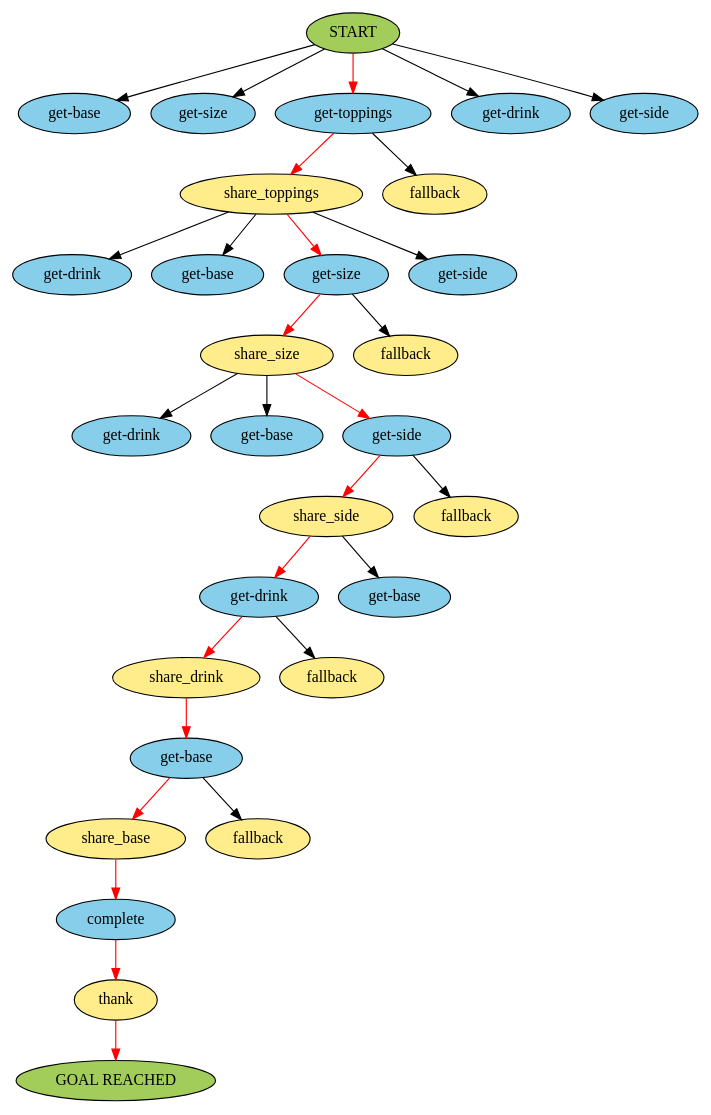
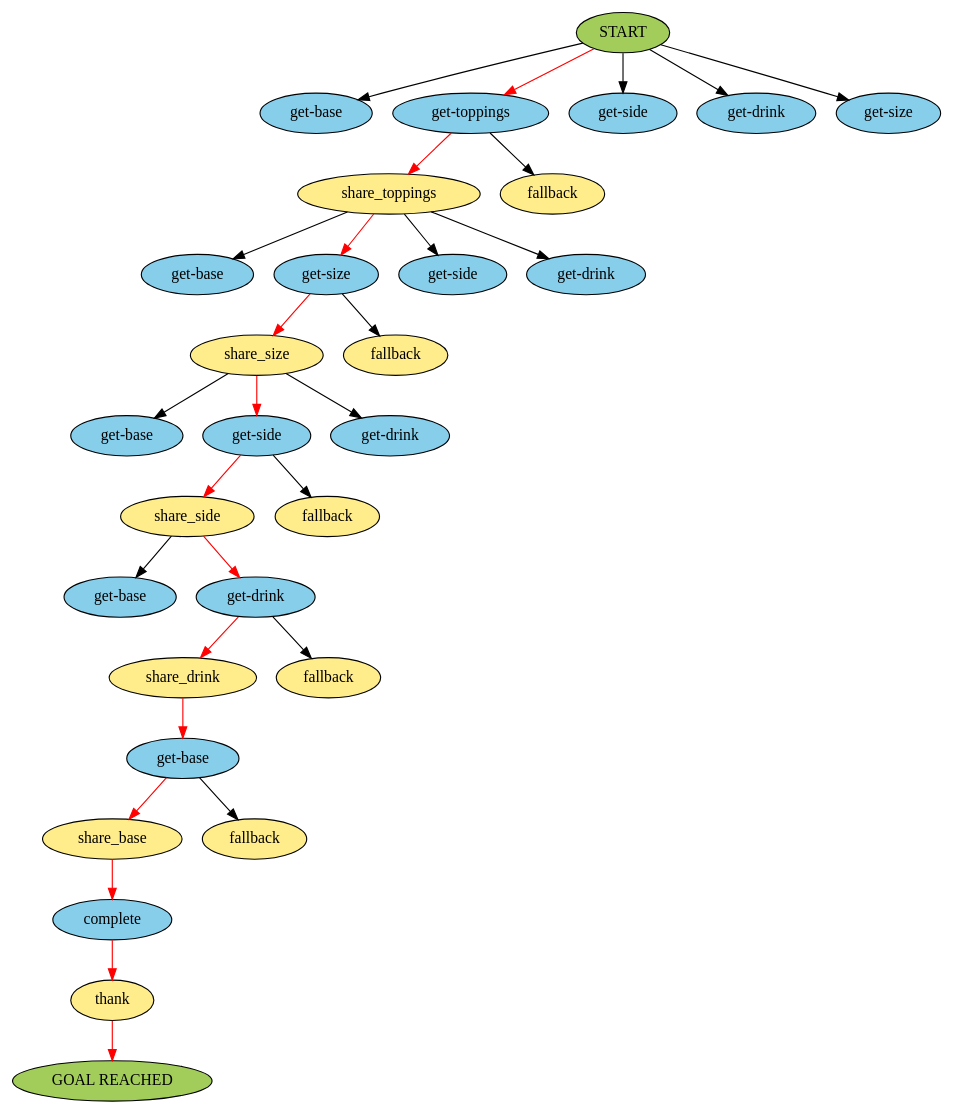
Before and after one commit to IBM/contingent-plan-executor: the diagram in rollout.gv, drawn with Graphviz. The commit also changed 12 other files, not shown here.

First line of the commit message:
get beam search graph working

```diff
--- a/rollout.gv
+++ b/rollout.gv
@@ -1,59 +1,59 @@
 digraph {
 	0 [label=START fillcolor=darkolivegreen3 style=filled]
 	1 [label="get-base" fillcolor=skyblue style=filled]
 	0 -> 1 [color=black]
-	2 [label="get-size" fillcolor=skyblue style=filled]
-	0 -> 2 [color=black]
-	3 [label="get-toppings" fillcolor=skyblue style=filled]
-	0 -> 3 [color=red]
+	2 [label="get-toppings" fillcolor=skyblue style=filled]
+	0 -> 2 [color=red]
+	3 [label="get-side" fillcolor=skyblue style=filled]
+	0 -> 3 [color=black]
 	4 [label="get-drink" fillcolor=skyblue style=filled]
 	0 -> 4 [color=black]
-	5 [label="get-side" fillcolor=skyblue style=filled]
+	5 [label="get-size" fillcolor=skyblue style=filled]
 	0 -> 5 [color=black]
 	6 [label=share_toppings fillcolor=lightgoldenrod1 style=filled]
-	3 -> 6 [color=red]
+	2 -> 6 [color=red]
 	7 [label=fallback fillcolor=lightgoldenrod1 style=filled]
-	3 -> 7 [color=black]
-	8 [label="get-drink" fillcolor=skyblue style=filled]
+	2 -> 7 [color=black]
+	8 [label="get-base" fillcolor=skyblue style=filled]
 	6 -> 8 [color=black]
-	9 [label="get-base" fillcolor=skyblue style=filled]
-	6 -> 9 [color=black]
-	10 [label="get-size" fillcolor=skyblue style=filled]
-	6 -> 10 [color=red]
-	11 [label="get-side" fillcolor=skyblue style=filled]
+	9 [label="get-size" fillcolor=skyblue style=filled]
+	6 -> 9 [color=red]
+	10 [label="get-side" fillcolor=skyblue style=filled]
+	6 -> 10 [color=black]
+	11 [label="get-drink" fillcolor=skyblue style=filled]
 	6 -> 11 [color=black]
 	12 [label=share_size fillcolor=lightgoldenrod1 style=filled]
-	10 -> 12 [color=red]
+	9 -> 12 [color=red]
 	13 [label=fallback fillcolor=lightgoldenrod1 style=filled]
-	10 -> 13 [color=black]
-	14 [label="get-drink" fillcolor=skyblue style=filled]
+	9 -> 13 [color=black]
+	14 [label="get-base" fillcolor=skyblue style=filled]
 	12 -> 14 [color=black]
-	15 [label="get-base" fillcolor=skyblue style=filled]
-	12 -> 15 [color=black]
-	16 [label="get-side" fillcolor=skyblue style=filled]
-	12 -> 16 [color=red]
+	15 [label="get-side" fillcolor=skyblue style=filled]
+	12 -> 15 [color=red]
+	16 [label="get-drink" fillcolor=skyblue style=filled]
+	12 -> 16 [color=black]
 	17 [label=share_side fillcolor=lightgoldenrod1 style=filled]
-	16 -> 17 [color=red]
+	15 -> 17 [color=red]
 	18 [label=fallback fillcolor=lightgoldenrod1 style=filled]
-	16 -> 18 [color=black]
-	19 [label="get-drink" fillcolor=skyblue style=filled]
-	17 -> 19 [color=red]
-	20 [label="get-base" fillcolor=skyblue style=filled]
-	17 -> 20 [color=black]
+	15 -> 18 [color=black]
+	19 [label="get-base" fillcolor=skyblue style=filled]
+	17 -> 19 [color=black]
+	20 [label="get-drink" fillcolor=skyblue style=filled]
+	17 -> 20 [color=red]
 	21 [label=share_drink fillcolor=lightgoldenrod1 style=filled]
-	19 -> 21 [color=red]
+	20 -> 21 [color=red]
 	22 [label=fallback fillcolor=lightgoldenrod1 style=filled]
-	19 -> 22 [color=black]
+	20 -> 22 [color=black]
 	23 [label="get-base" fillcolor=skyblue style=filled]
 	21 -> 23 [color=red]
 	24 [label=share_base fillcolor=lightgoldenrod1 style=filled]
 	23 -> 24 [color=red]
 	25 [label=fallback fillcolor=lightgoldenrod1 style=filled]
 	23 -> 25 [color=black]
 	26 [label=complete fillcolor=skyblue style=filled]
 	24 -> 26 [color=red]
 	27 [label=thank fillcolor=lightgoldenrod1 style=filled]
 	26 -> 27 [color=red]
 	28 [label="GOAL REACHED" fillcolor=darkolivegreen3 style=filled]
 	27 -> 28 [color=red]
 }
```
